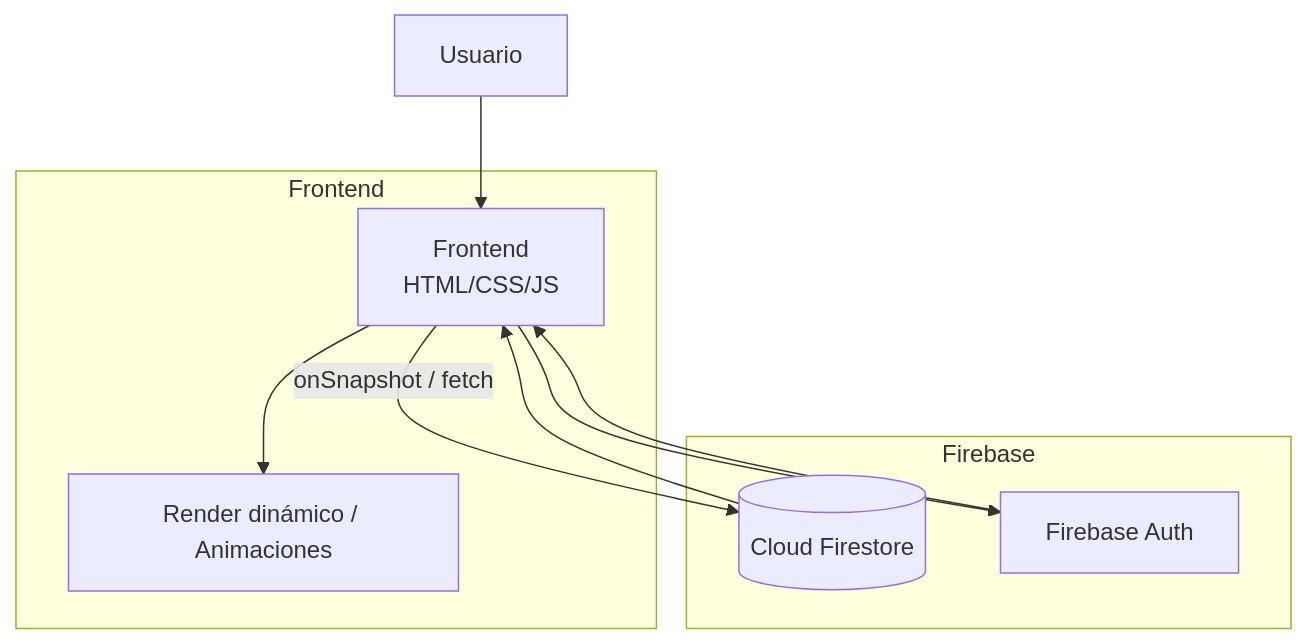
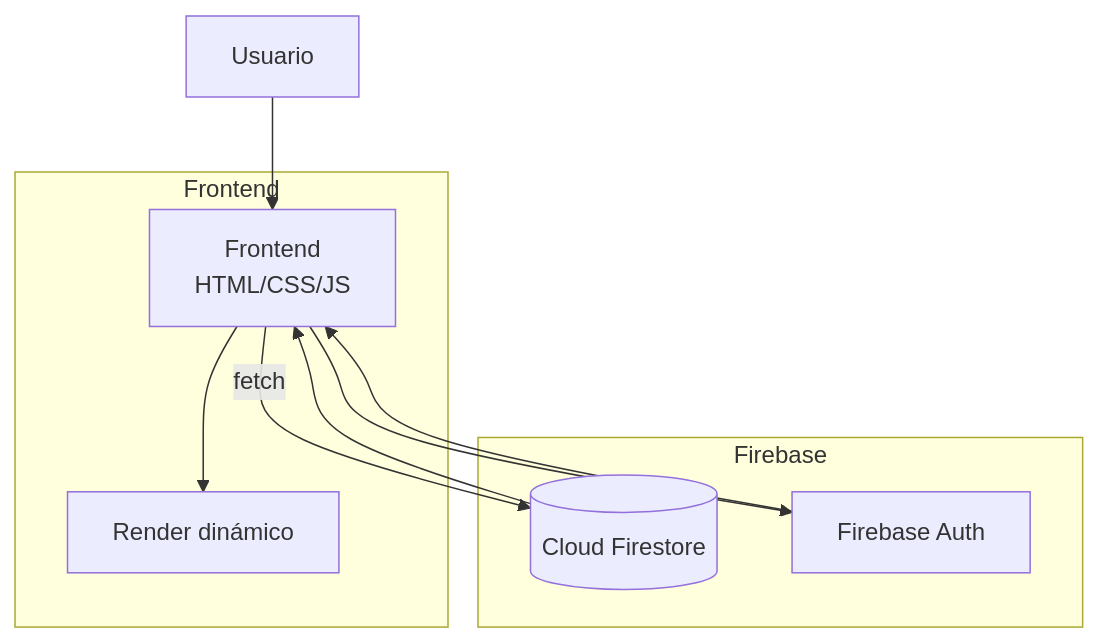
One commit to Jhormancastella/Mis-webs changed the first of 4 diagrams in README.md. Above: the diagram before and after it, drawn with Mermaid. The commit also changed other lines of this file, not shown here.

````diff
--- a/README.md
+++ b/README.md
@@ -147,17 +41,17 @@
 ```mermaid
 graph TD
   U[Usuario] --> FE[Frontend<br/>HTML/CSS/JS]
-  FE -->|onSnapshot / fetch| FS[(Cloud Firestore)]
+  FE -->|fetch| FS[(Cloud Firestore)]
   FE --> AU[Firebase Auth]
   AU --> FE
   FS --> FE
-  FE --> UI[Render dinámico / Animaciones]
+  FE --> UI[Render dinámico]
   subgraph Frontend
     FE
     UI
   end
   subgraph Firebase
     AU
     FS
   end
 ```
````
